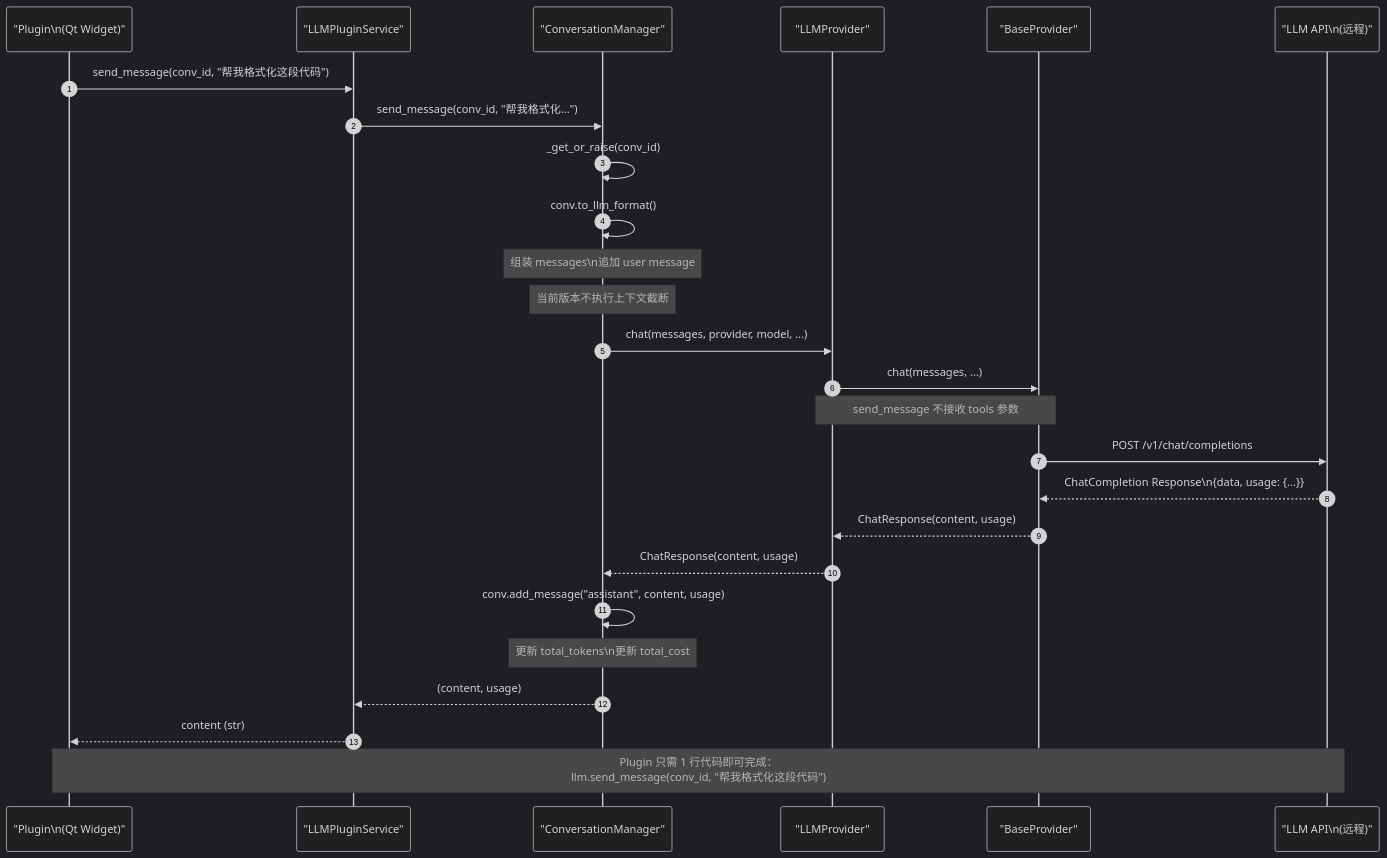
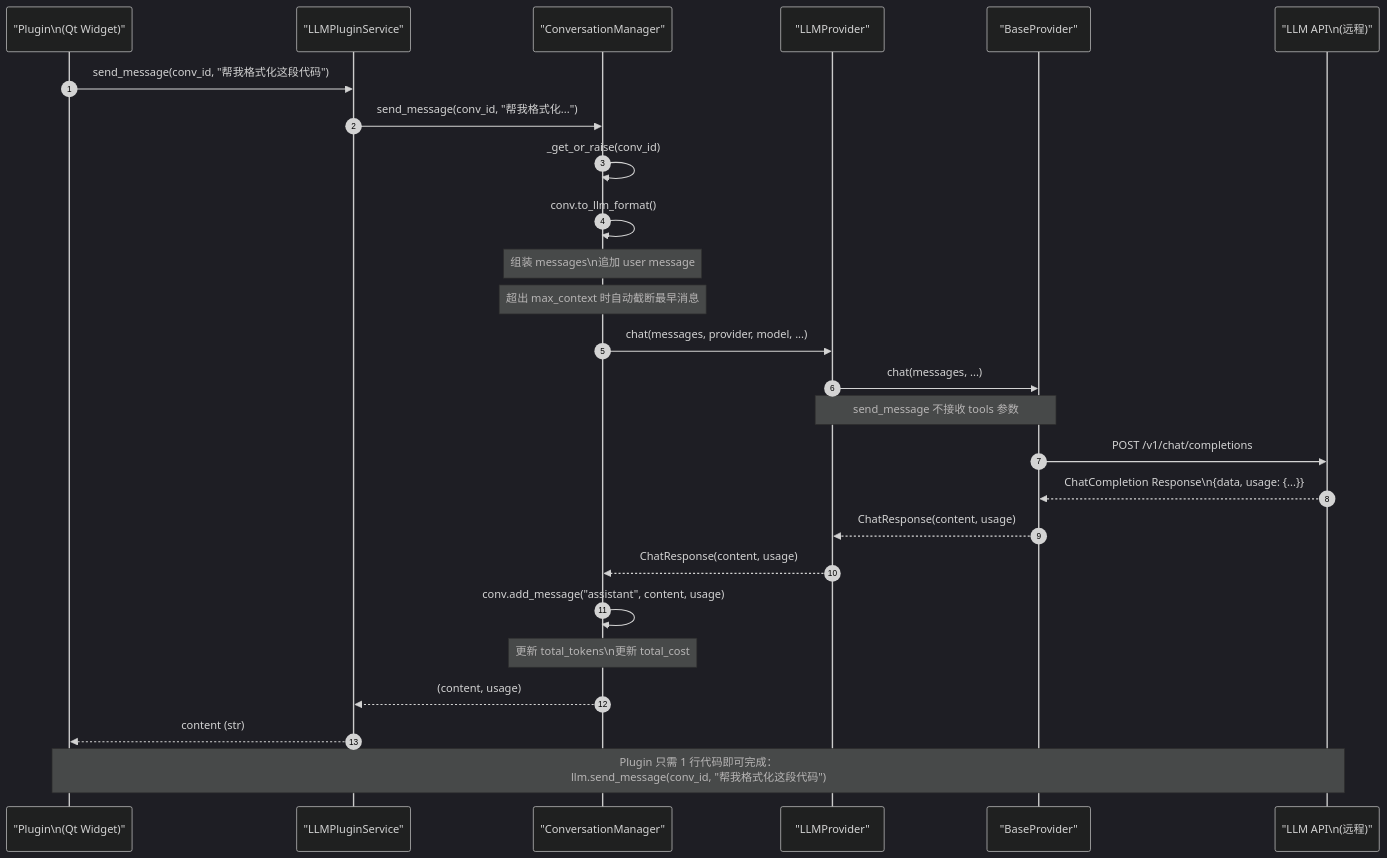
The fifth of 8 diagrams in docs/core/llm-provider/api-reference.md (KKPIP-Tech/InstructionX), drawn with Mermaid (dark theme) before and after one commit. The commit also changed other lines of this file and 12 other files, not shown here.

Commit message:
docs: 同步 LLM Provider v2 架构文档与 AGENTS.md：预设目录/实例化/适配器注册表/配置 schema v2/ILLMService 接口/UI 新包结构，清理 ILLMFacade 与旧文件残留引用

````diff
--- a/docs/core/llm-provider/api-reference.md
+++ b/docs/core/llm-provider/api-reference.md
@@ -1301,35 +1439,35 @@
 ```mermaid
 sequenceDiagram
     autonumber
     participant Plugin as "Plugin\n(Qt Widget)"
     participant LPS as "LLMPluginService"
     participant CM as "ConversationManager"
     participant LLP as "LLMProvider"
     participant BP as "BaseProvider"
     participant Remote as "LLM API\n(远程)"
 
     Plugin->>LPS: send_message(conv_id, "帮我格式化这段代码")
     LPS->>CM: send_message(conv_id, "帮我格式化...")
 
     CM->>CM: _get_or_raise(conv_id)
     CM->>CM: conv.to_llm_format()
     Note over CM: 组装 messages\n追加 user message
-    Note over CM: 当前版本不执行上下文截断
+    Note over CM: 超出 max_context 时自动截断最早消息
 
     CM->>LLP: chat(messages, provider, model, ...)
     LLP->>BP: chat(messages, ...)
 
     Note over LLP,BP: send_message 不接收 tools 参数
 
     BP->>Remote: POST /v1/chat/completions
     Remote-->>BP: ChatCompletion Response\n{data, usage: {...}}
     BP-->>LLP: ChatResponse(content, usage)
     LLP-->>CM: ChatResponse(content, usage)
     CM->>CM: conv.add_message("assistant", content, usage)
     Note over CM: 更新 total_tokens\n更新 total_cost
 
     CM-->>LPS: (content, usage)
     LPS-->>Plugin: content (str)
 
     Note over Plugin,Remote: Plugin 只需 1 行代码即可完成：<br/>llm.send_message(conv_id, "帮我格式化这段代码")
 ```
````
